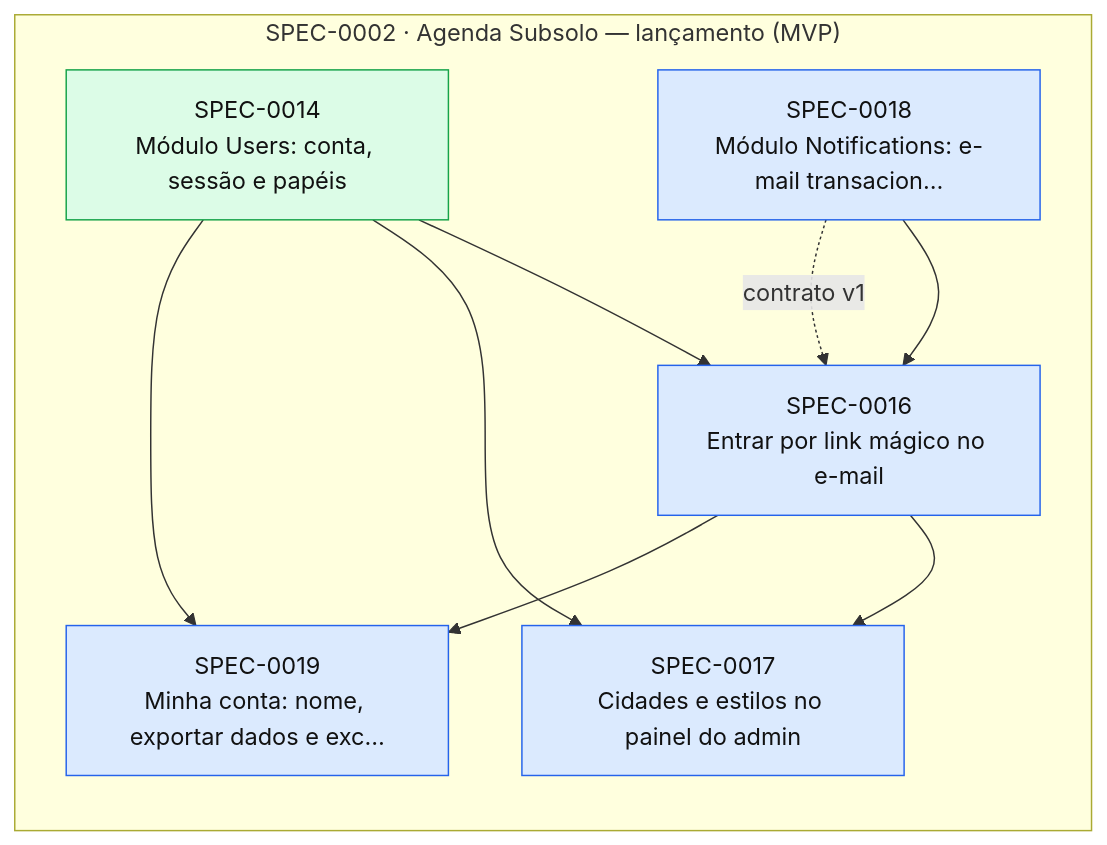
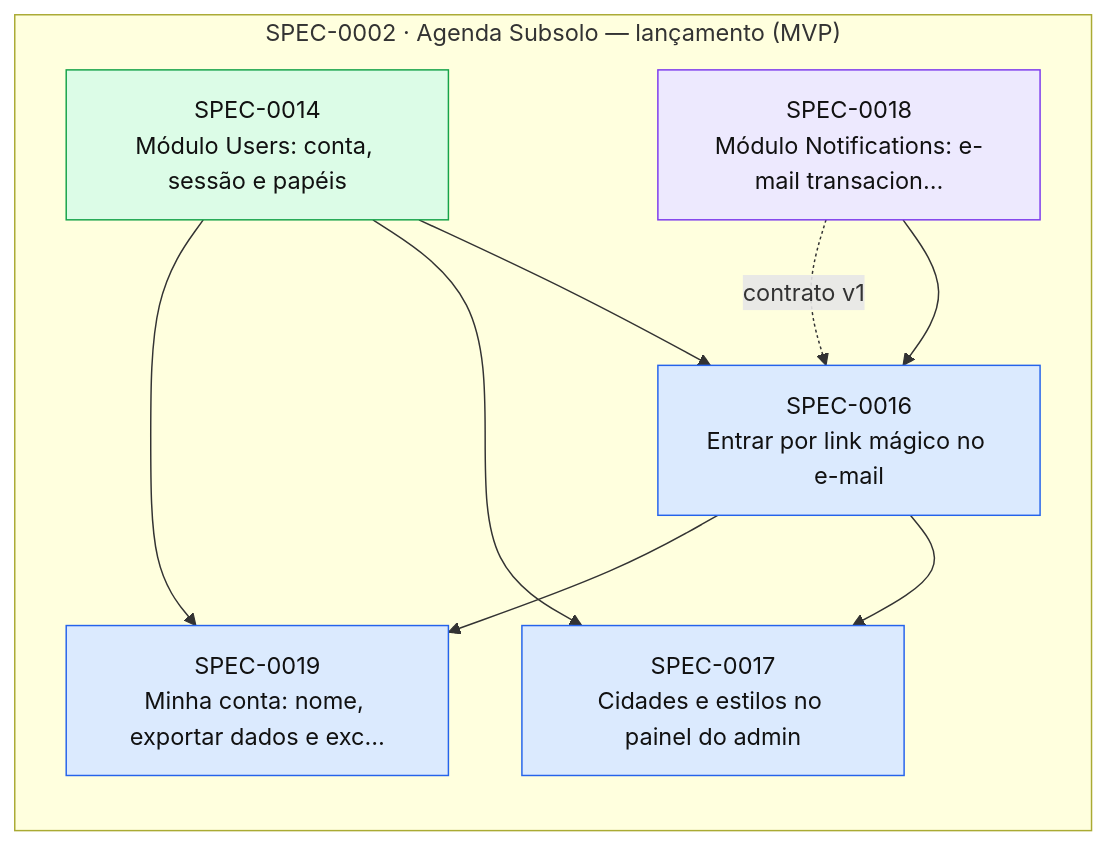
The diagram in docs/specs/INDEX.md (thomasravache/subsolo), drawn with Mermaid before and after one commit. The commit also changed other lines of this file and 2 other files, not shown here.

First line of the commit message:
docs(sdd): record SPEC-0018 G2-G4 and note the e-mail provider for go-live

````diff
--- a/docs/specs/INDEX.md
+++ b/docs/specs/INDEX.md
@@ -67,22 +67,22 @@
 ```mermaid
 flowchart LR
   subgraph E0002["SPEC-0002 · Agenda Subsolo — lançamento (MVP)"]
     S0014["SPEC-0014<br/>Módulo Users: conta, sessão e papéis"]:::implemented
     S0016["SPEC-0016<br/>Entrar por link mágico no e-mail"]:::approved
     S0017["SPEC-0017<br/>Cidades e estilos no painel do admin"]:::approved
-    S0018["SPEC-0018<br/>Módulo Notifications: e-mail transacion…"]:::approved
+    S0018["SPEC-0018<br/>Módulo Notifications: e-mail transacion…"]:::inprogress
     S0019["SPEC-0019<br/>Minha conta: nome, exportar dados e exc…"]:::approved
   end
   S0014 --> S0016
   S0018 --> S0016
   S0018 -. contrato v1 .-> S0016
   S0014 --> S0017
   S0016 --> S0017
   S0014 --> S0019
   S0016 --> S0019
   classDef proposed fill:#fef3c7,stroke:#d97706,color:#111
   classDef approved fill:#dbeafe,stroke:#2563eb,color:#111
   classDef inprogress fill:#ede9fe,stroke:#7c3aed,color:#111
   classDef implemented fill:#dcfce7,stroke:#16a34a,color:#111
   classDef deprecated fill:#f3f4f6,stroke:#9ca3af,color:#6b7280
 ```
````
